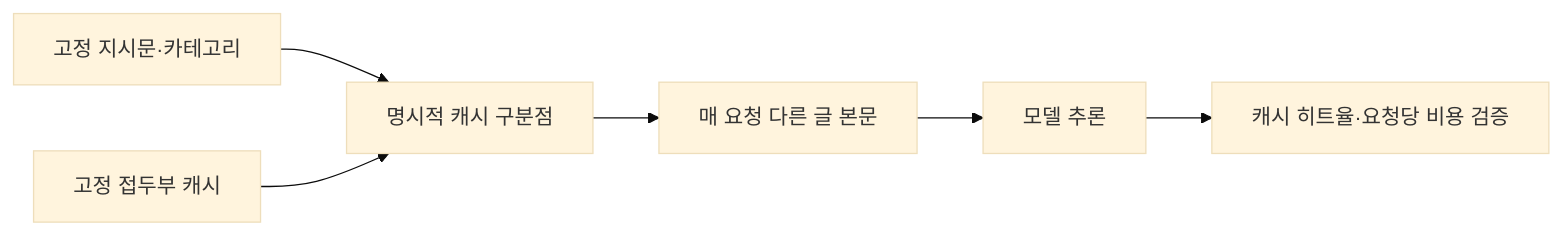
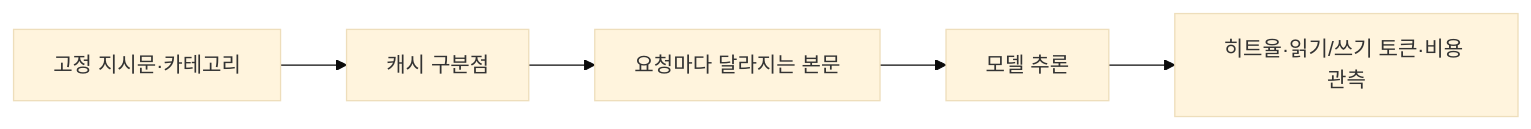
The diagram in References/Tech Articles/Articles/2026/2026-10-29-모델만-바꿨는데-LLM-비용이-3배가-된-이유-112ed99e.md (guseoh/cs), drawn with Mermaid (base theme) before and after one commit. The commit also changed other lines of this file and 29 other files, not shown here.

````diff
--- a/References/Tech Articles/Articles/2026/2026-10-29-모델만-바꿨는데-LLM-비용이-3배가-된-이유-112ed99e.md
+++ b/References/Tech Articles/Articles/2026/2026-10-29-모델만-바꿨는데-LLM-비용이-3배가-된-이유-112ed99e.md
@@ -33,8 +33,7 @@
 ```mermaid
 flowchart LR
-  A[고정 지시문·카테고리] --> B[명시적 캐시 구분점]
-  B --> C[매 요청 다른 글 본문]
-  C --> D[모델 추론]
-  E[고정 접두부 캐시] --> B
-  D --> F[캐시 히트율·요청당 비용 검증]
+ A[고정 지시문·카테고리] --> B[캐시 구분점]
+ B --> C[요청마다 달라지는 본문]
+ C --> D[모델 추론]
+ D --> E[히트율·읽기/쓰기 토큰·비용 관측]
 ```
````
